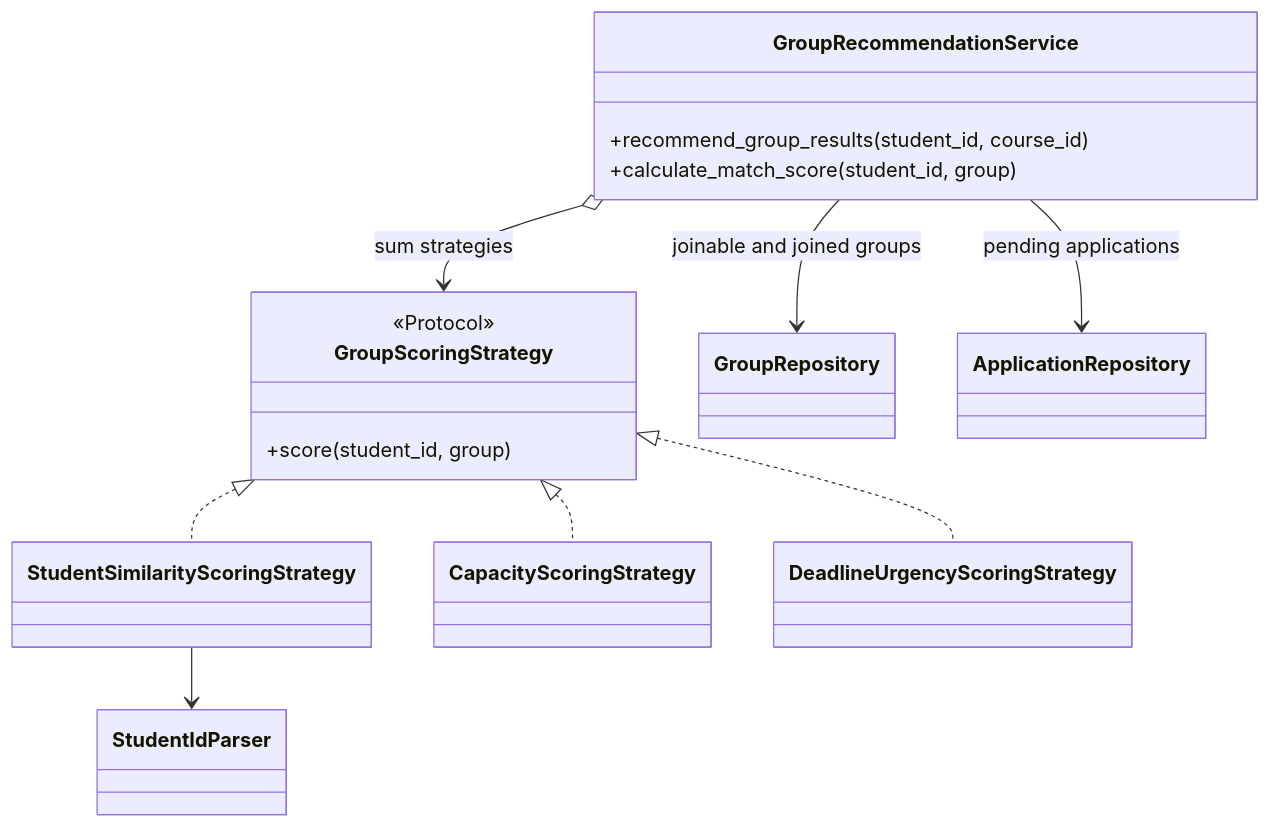
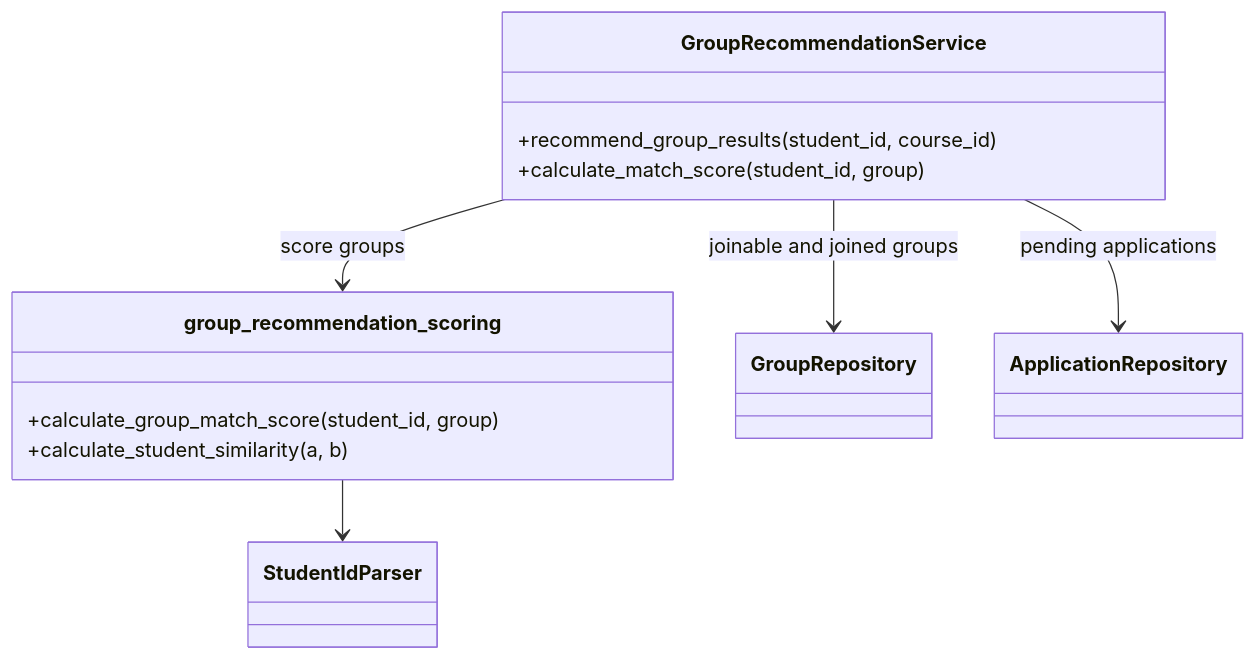
The first of 2 diagrams in backend/docs/recommendation_algorithm.md (PhoebeLu1011/CourseReviewSystem), drawn with Mermaid before and after one commit. The commit also changed other lines of this file and 26 other files, not shown here.

````diff
--- a/backend/docs/recommendation_algorithm.md
+++ b/backend/docs/recommendation_algorithm.md
@@ -11,25 +11,19 @@
 ```mermaid
 classDiagram
     class GroupRecommendationService {
         +recommend_group_results(student_id, course_id)
         +calculate_match_score(student_id, group)
     }
-    class GroupScoringStrategy {
-        <<Protocol>>
-        +score(student_id, group)
+    class group_recommendation_scoring {
+        +calculate_group_match_score(student_id, group)
+        +calculate_student_similarity(a, b)
     }
-    class StudentSimilarityScoringStrategy
-    class CapacityScoringStrategy
-    class DeadlineUrgencyScoringStrategy
     class StudentIdParser
     class GroupRepository
     class ApplicationRepository
 
     GroupRecommendationService --> GroupRepository : joinable and joined groups
     GroupRecommendationService --> ApplicationRepository : pending applications
-    GroupRecommendationService o--> GroupScoringStrategy : sum strategies
-    GroupScoringStrategy <|.. StudentSimilarityScoringStrategy
-    GroupScoringStrategy <|.. CapacityScoringStrategy
-    GroupScoringStrategy <|.. DeadlineUrgencyScoringStrategy
-    StudentSimilarityScoringStrategy --> StudentIdParser
+    GroupRecommendationService --> group_recommendation_scoring : score groups
+    group_recommendation_scoring --> StudentIdParser
 ```
````
